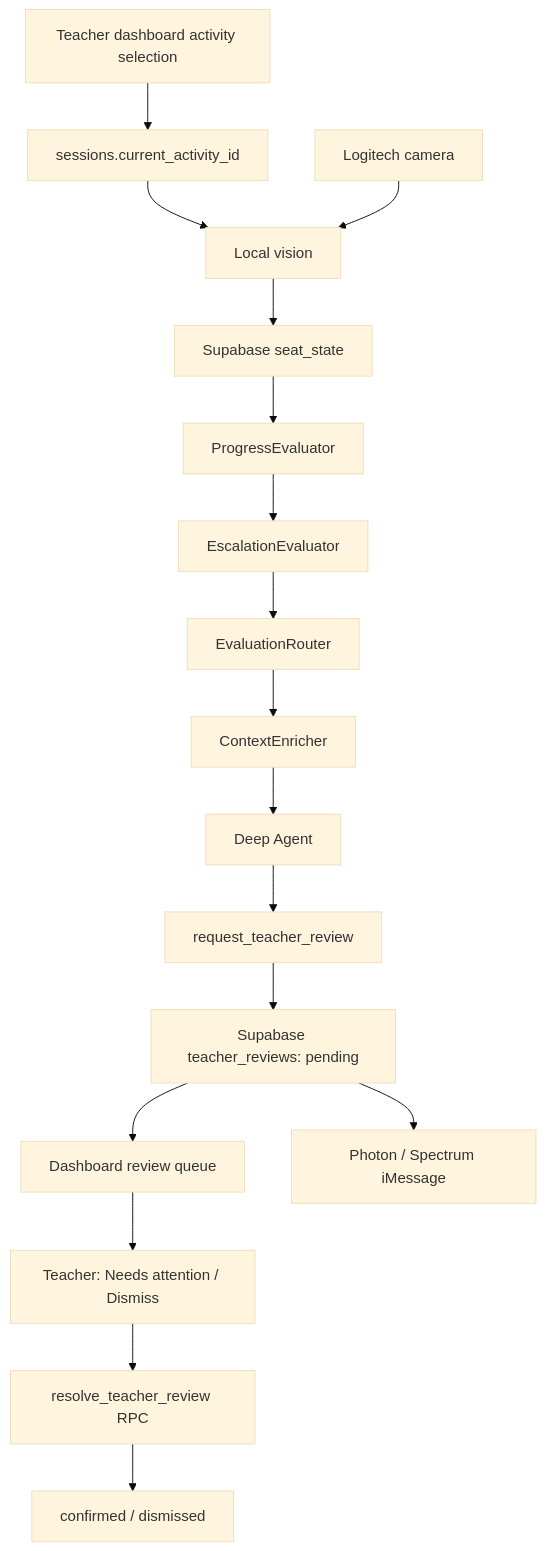
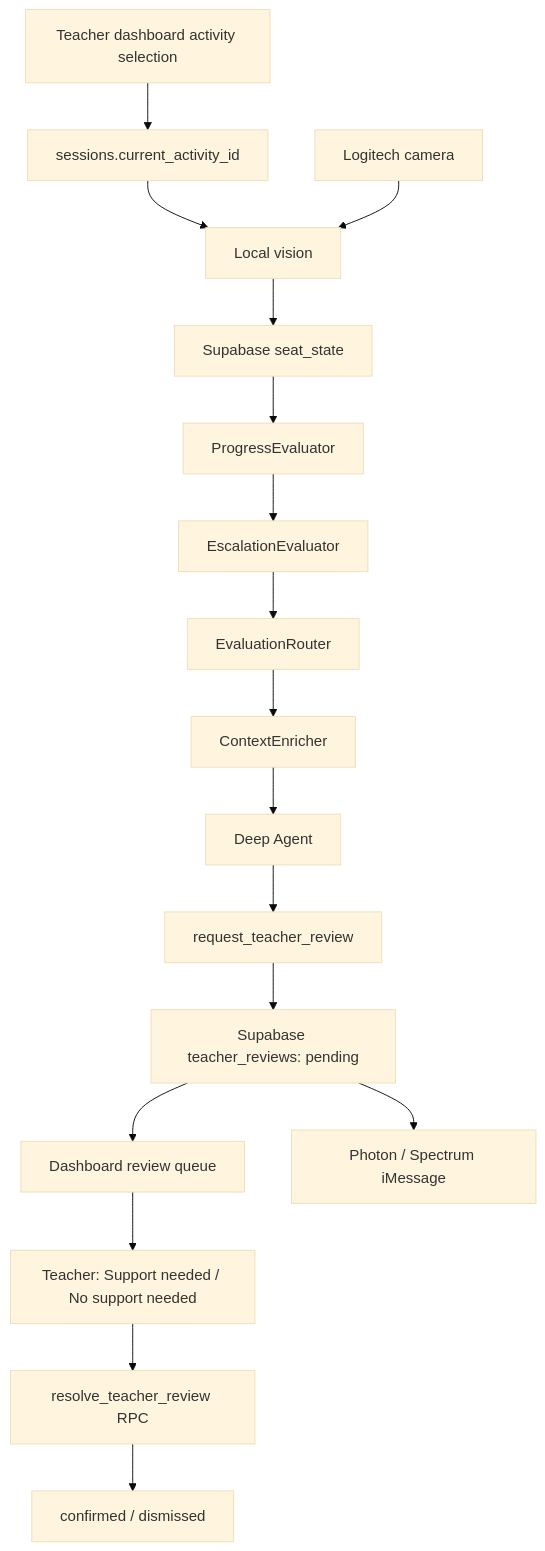
Before and after one commit to keithw24/cues: the diagram in PRD-cues.md, drawn with Mermaid (base theme). The commit also changed other lines of this file and 10 other files, not shown here.

````diff
--- a/PRD-cues.md
+++ b/PRD-cues.md
@@ -90,19 +90,19 @@
  ```mermaid
 flowchart TD
     A[Teacher dashboard activity selection] --> B[sessions.current_activity_id]
     B --> C[Local vision]
     D[Logitech camera] --> C
     C --> E[Supabase seat_state]
     E --> F[ProgressEvaluator]
     F --> G[EscalationEvaluator]
     G --> H[EvaluationRouter]
     H --> I[ContextEnricher]
     I --> J[Deep Agent]
     J --> K[request_teacher_review]
     K --> L[Supabase teacher_reviews: pending]
     L --> M[Dashboard review queue]
     L --> N[Photon / Spectrum iMessage]
-    M --> O[Teacher: Needs attention / Dismiss]
+    M --> O[Teacher: Support needed / No support needed]
     O --> P[resolve_teacher_review RPC]
     P --> Q[confirmed / dismissed]
 ```
````
